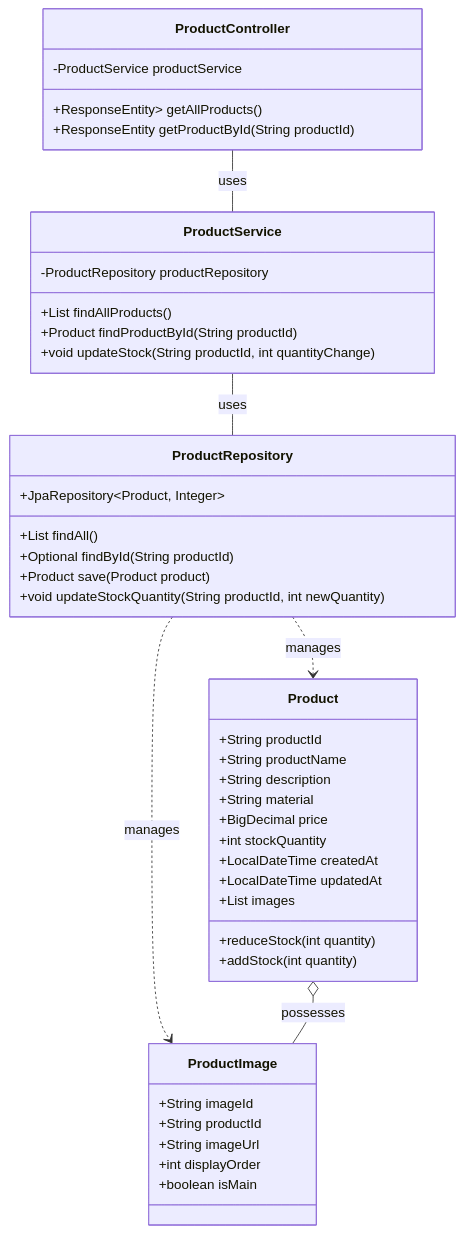
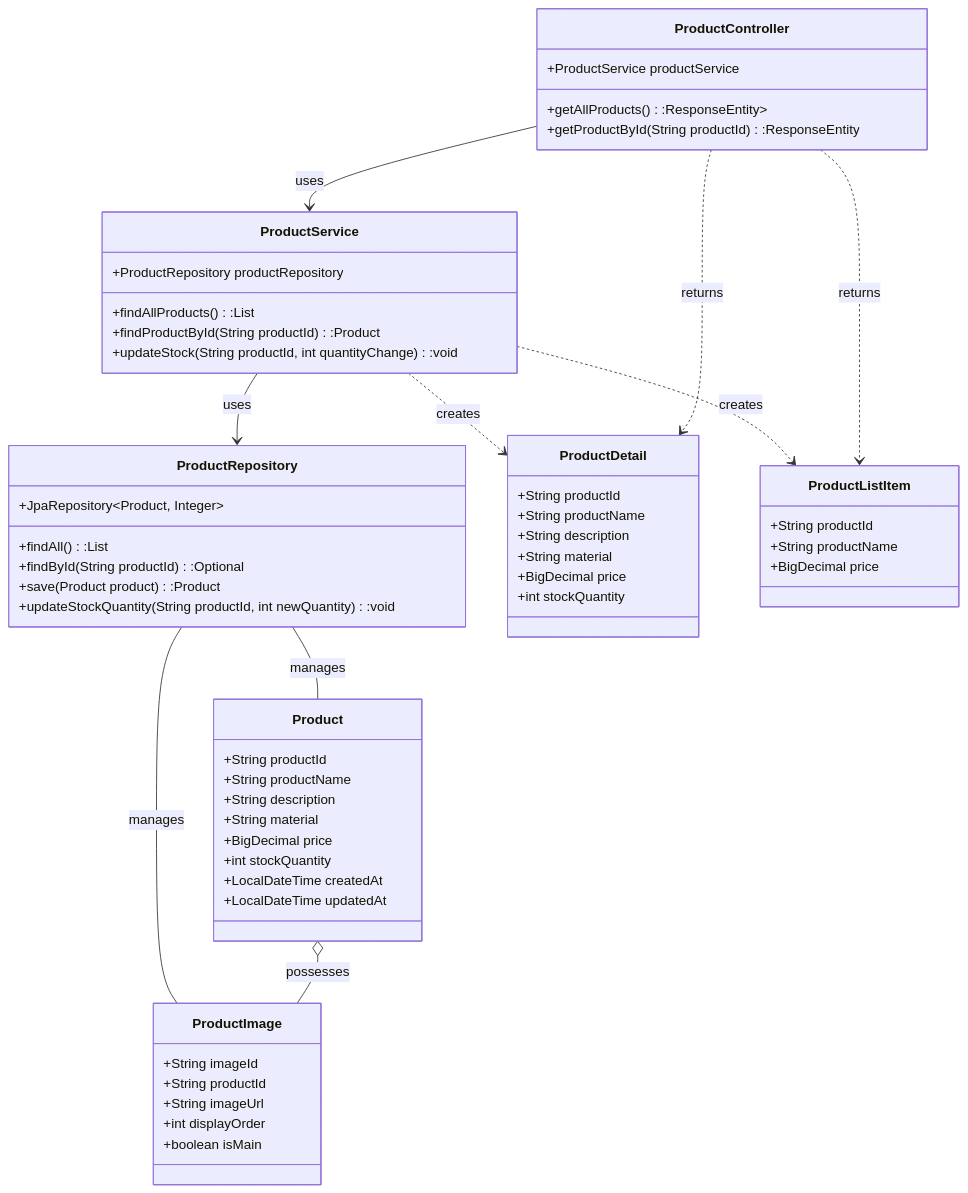
The first of 4 diagrams in 基本設計/はじめに.md (ainaga09/ACE), drawn with Mermaid before and after one commit. The commit also changed other lines of this file, not shown here.

```diff
--- a/基本設計/はじめに.md
+++ b/基本設計/はじめに.md
@@ -35,48 +35,63 @@
 <div class="mermaid">
 classDiagram
-    ProductController -- ProductService : uses
-    ProductService -- ProductRepository : uses
-    ProductRepository ..> Product : manages
-    ProductRepository ..> ProductImage : manages
-
+    ProductController --> ProductService : uses
+    ProductService --> ProductRepository : uses
+    ProductRepository -- Product : manages
+    ProductRepository -- ProductImage : manages
+    ProductService ..> ProductDetail : creates
+    ProductService ..> ProductListItem : creates
+    ProductController ..>ProductDetail : returns
+    ProductController ..> ProductListItem : returns
     Product o-- ProductImage : possesses
 
     class ProductController {
-        -ProductService productService
-        +ResponseEntity<List<Product>> getAllProducts()
-        +ResponseEntity<Product> getProductById(String productId)
+        +ProductService productService
+        +getAllProducts():ResponseEntity<List<Product>> 
+        +getProductById(String productId):ResponseEntity<Product> 
     }
     class ProductService {
-        -ProductRepository productRepository
-        +List<Product> findAllProducts()
-        +Product findProductById(String productId)
-        +void updateStock(String productId, int quantityChange)
+        +ProductRepository productRepository
+        +findAllProducts():List<Product> 
+        +findProductById(String productId):Product 
+        +updateStock(String productId, int quantityChange):void 
     }
     class ProductRepository {
         +JpaRepository~Product, Integer~
-        +List<Product> findAll()
-        +Optional<Product> findById(String productId)
-        +Product save(Product product)
-        +void updateStockQuantity(String productId, int newQuantity)
+        +findAll():List<Product> 
+        +findById(String productId):Optional<Product> 
+        +save(Product product):Product 
+        +updateStockQuantity(String productId, int newQuantity):void 
     }
     class Product {
         +String productId
         +String productName
         +String description
         +String material
         +BigDecimal price
         +int stockQuantity
         +LocalDateTime createdAt
         +LocalDateTime updatedAt
-        +List<ProductImage> images
-        +reduceStock(int quantity)
-        +addStock(int quantity)
     }
     class ProductImage {
         +String imageId
         +String productId
         +String imageUrl
         +int displayOrder
         +boolean isMain
     }
+    class ProductDetail{
+        +String productId
+        +String productName
+        +String description
+        +String material
+        +BigDecimal price
+        +int stockQuantity
+        
+    }
+    class ProductListItem{
+        +String productId
+        +String productName
+        +BigDecimal price
+        
+    }
 </div>
```
